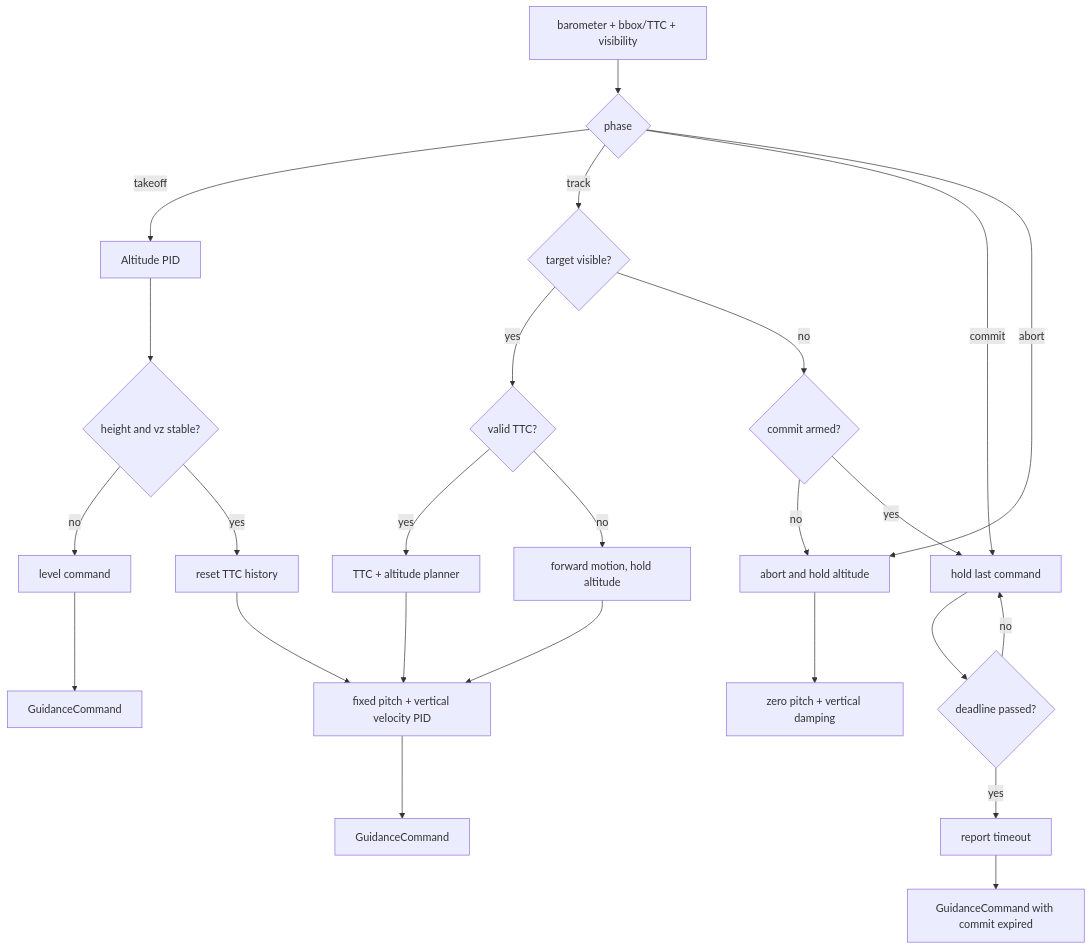
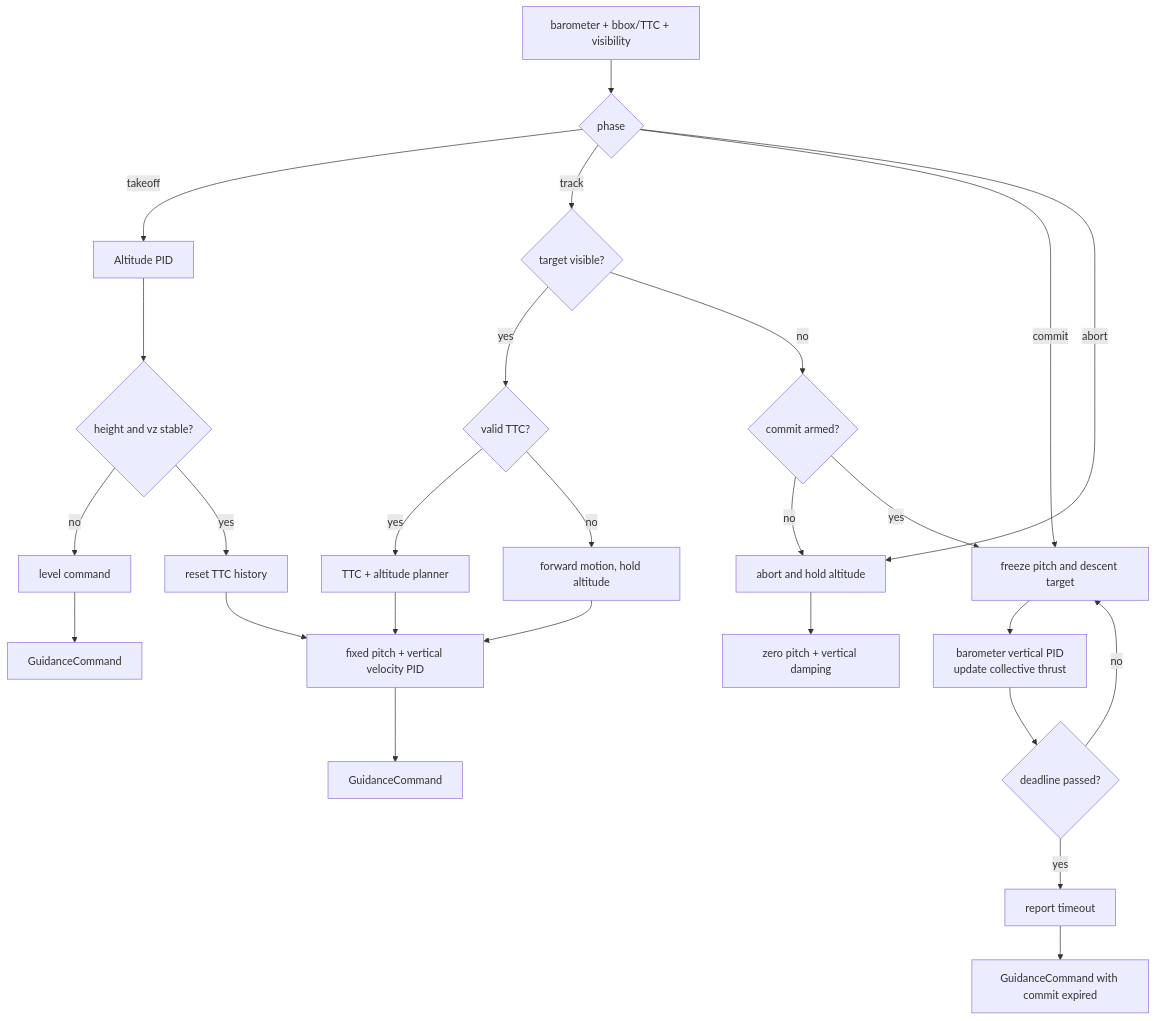
The sixth of 6 diagrams in examples/07-optical-navigation/ttc_strike/README.md (amire2000/drone-physics-and-simulation-course), drawn with Mermaid before and after one commit. The commit also changed other lines of this file and 3 other files, not shown here.

````diff
--- a/examples/07-optical-navigation/ttc_strike/README.md
+++ b/examples/07-optical-navigation/ttc_strike/README.md
@@ -412,27 +414,28 @@
 ```mermaid
 flowchart TD
     start[barometer + bbox/TTC + visibility] --> phase{phase}
     phase -->|takeoff| takeoff[Altitude PID]
     takeoff --> ready{height and vz stable?}
     ready -->|no| takeoff_out[level command]
     ready -->|yes| reset[reset TTC history]
     reset --> track
     phase -->|track| visible{target visible?}
     visible -->|yes| ttc{valid TTC?}
     ttc -->|yes| planner[TTC + altitude planner]
     ttc -->|no| hold_alt[forward motion, hold altitude]
     planner --> track[fixed pitch + vertical velocity PID]
     hold_alt --> track
     visible -->|no| armed{commit armed?}
     armed -->|no| abort[abort and hold altitude]
-    armed -->|yes| commit[hold last command]
+    armed -->|yes| commit[freeze pitch and descent target]
     phase -->|commit| commit
     phase -->|abort| abort
-    commit --> deadline{deadline passed?}
+    commit --> commit_vz[barometer vertical PID\nupdate collective thrust]
+    commit_vz --> deadline{deadline passed?}
     deadline -->|yes| expired[report timeout]
     deadline -->|no| commit
     abort --> abort_command[zero pitch + vertical damping]
     track --> track_command[GuidanceCommand]
     takeoff_out --> takeoff_command[GuidanceCommand]
     expired --> commit_command[GuidanceCommand with commit expired]
 ```
````
